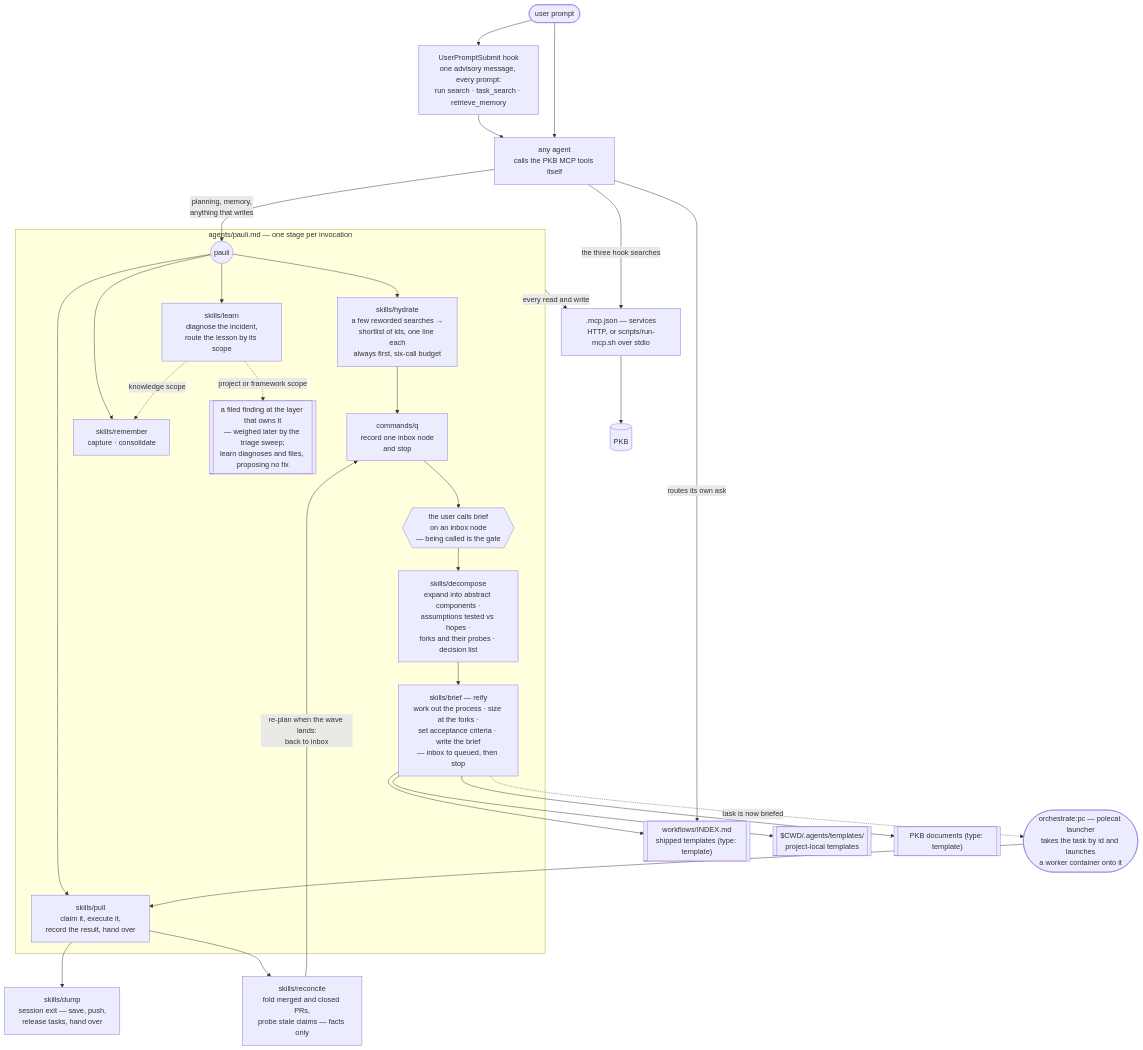
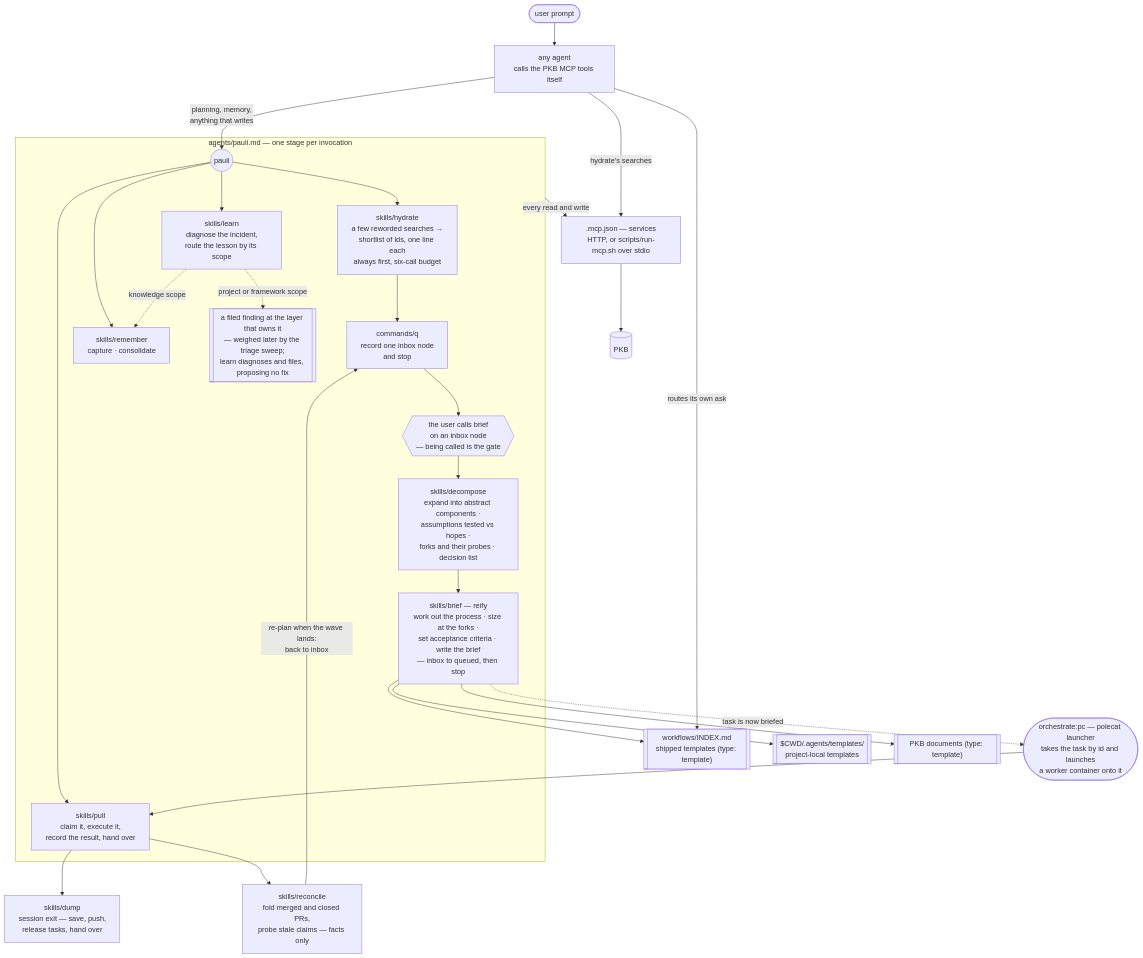
Before and after one commit to nicsuzor/academicOps: the diagram in plugins/aops/README.md, drawn with Mermaid. The commit also changed other lines of this file and 43 other files, not shown here.

First line of the commit message:
chore: delete plugins.disabled dead halves, dead PKB hook, and unship plugin tests

````diff
--- a/plugins/aops/README.md
+++ b/plugins/aops/README.md
@@ -8,44 +8,40 @@
 ```mermaid
 flowchart TD
-    prompt([user prompt]) --> hook
-
-    hook["UserPromptSubmit hook<br/>one advisory message, every prompt:<br/>run search · task_search · retrieve_memory"]
-    hook --> agent
-    prompt --> agent["any agent<br/>calls the PKB MCP tools itself"]
+    prompt([user prompt]) --> agent["any agent<br/>calls the PKB MCP tools itself"]
 
     agent -- "planning, memory,<br/>anything that writes" --> pauli
 
     subgraph pkbwrite["agents/pauli.md — one stage per invocation"]
         pauli(("pauli"))
         pauli --> hydrate["skills/hydrate<br/>a few reworded searches →<br/>shortlist of ids, one line each<br/>always first, six-call budget"]
 
         hydrate --> capture["commands/q<br/>record one inbox node<br/>and stop"]
         capture --> gate{{"the user calls brief<br/>on an inbox node<br/>— being called is the gate"}}
         gate --> decompose["skills/decompose<br/>expand into abstract components ·<br/>assumptions tested vs hopes ·<br/>forks and their probes · decision list"]
         decompose --> brief["skills/brief — reify<br/>work out the process · size at the forks ·<br/>set acceptance criteria · write the brief<br/>— inbox to queued, then stop"]
 
         pauli --> pull["skills/pull<br/>claim it, execute it,<br/>record the result, hand over"]
         pauli --> remember["skills/remember<br/>capture · consolidate"]
         pauli --> learn["skills/learn<br/>diagnose the incident,<br/>route the lesson by its scope"]
 
         learn -. knowledge scope .-> remember
         learn -. project or framework scope .-> finding[["a filed finding at the layer that owns it<br/>— weighed later by the triage sweep;<br/>learn diagnoses and files, proposing no fix"]]
     end
 
     pull --> dump["skills/dump<br/>session exit — save, push,<br/>release tasks, hand over"]
     pull --> reconcile["skills/reconcile<br/>fold merged and closed PRs,<br/>probe stale claims — facts only"]
     reconcile -- "re-plan when the wave lands:<br/>back to inbox" --> capture
 
     brief --> library[["workflows/INDEX.md<br/>shipped templates (type: template)"]]
     brief --> userlayer[["$CWD/.agents/templates/<br/>project-local templates"]]
     brief --> wftemplates[["PKB documents (type: template)"]]
     agent -- "routes its own ask" --> library
 
     pkbwrite -- "every read and write" --> mcp
-    agent -- "the three hook searches" --> mcp
+    agent -- "hydrate's searches" --> mcp
 
     mcp[".mcp.json — services<br/>HTTP, or scripts/run-mcp.sh over stdio"] --> pkbstore[(PKB)]
 
     brief -. "task is now briefed" .-> dispatch(["orchestrate:pc — polecat launcher<br/>takes the task by id and launches<br/>a worker container onto it"])
     dispatch --> pull
 ```
````
